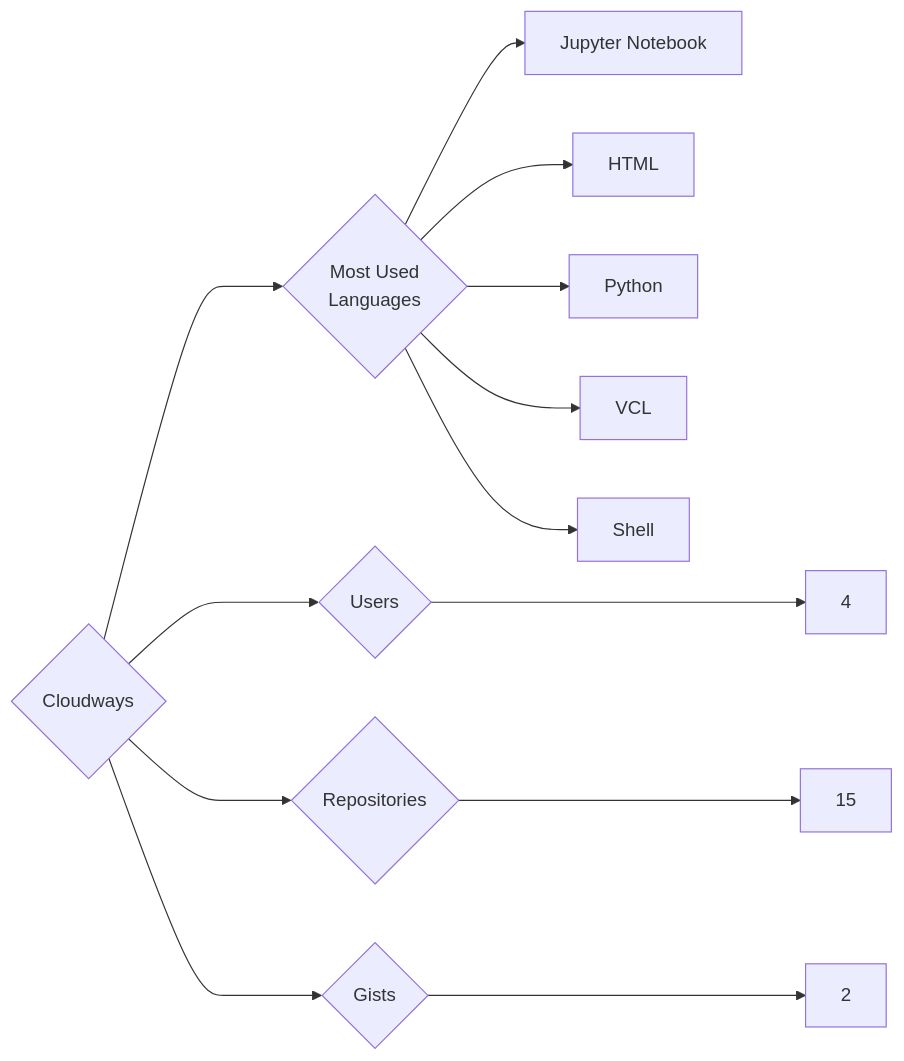
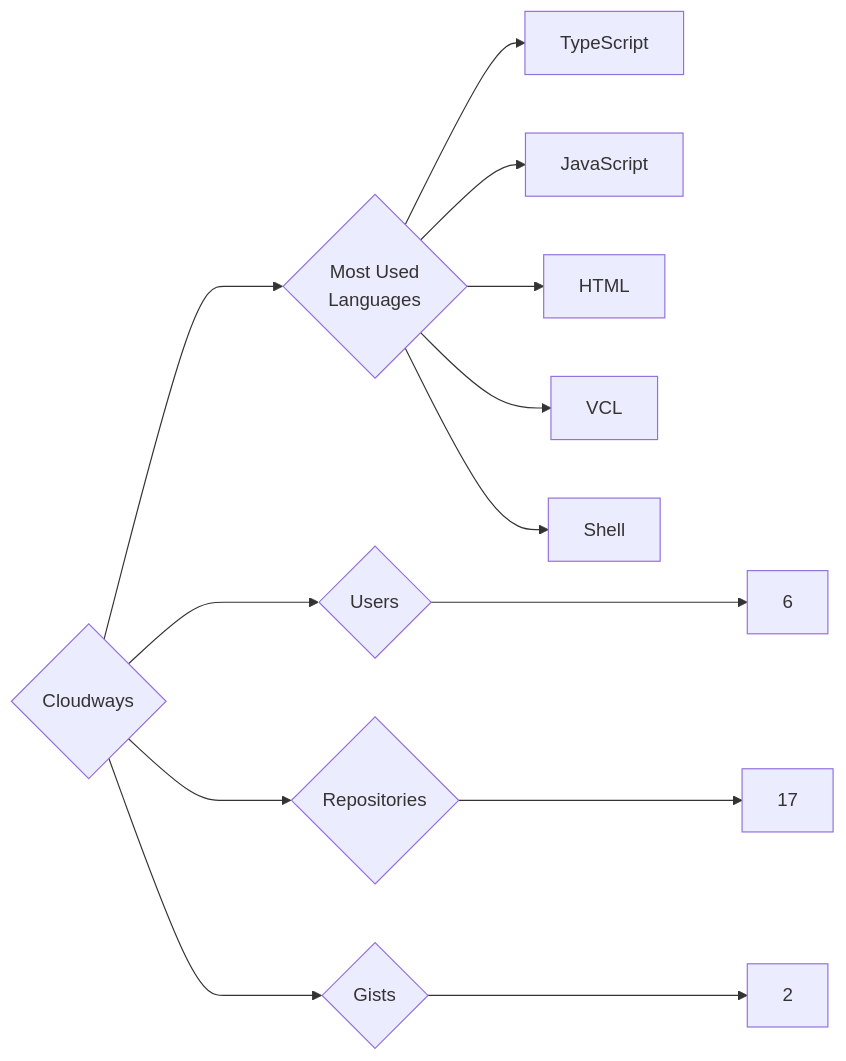
Before and after one commit to trickest/insiders: the diagram in targets/Cloudways/README.md, drawn with Mermaid. The commit also changed 809 other files, not shown here.

````diff
--- a/targets/Cloudways/README.md
+++ b/targets/Cloudways/README.md
@@ -3,13 +3,13 @@
 ```mermaid
 graph LR
 COMPANY_NAME{Cloudways}
-COMPANY_NAME ---> U{Users} ---> UN[4]
-COMPANY_NAME ---> R{Repositories} ---> RN[15]
+COMPANY_NAME ---> U{Users} ---> UN[6]
+COMPANY_NAME ---> R{Repositories} ---> RN[17]
 COMPANY_NAME ---> G{Gists} ---> GN[2]
 COMPANY_NAME ---> ML{Most Used<br>Languages}
-ML --> Jupyter_Notebook[Jupyter Notebook]
+ML --> TypeScript[TypeScript]
+ML --> JavaScript[JavaScript]
 ML --> HTML[HTML]
-ML --> Python[Python]
 ML --> VCL[VCL]
 ML --> Shell[Shell]
 ```
````
